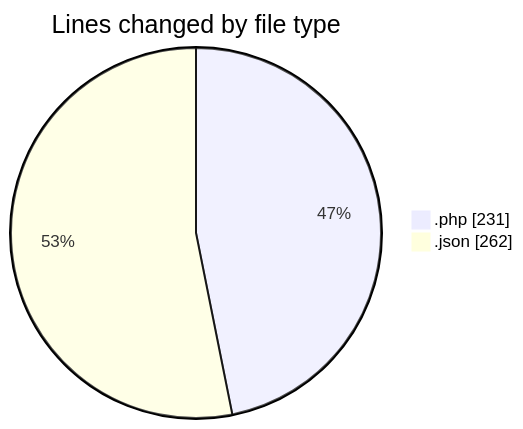
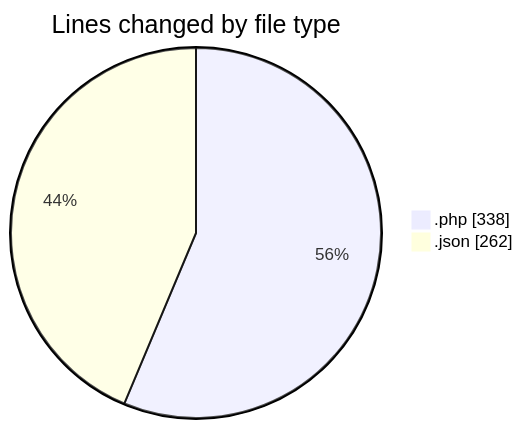
Before and after one commit to idhammustaqopulfikri/code-tracking: the first of 2 diagrams in 2025-11-01/futsal_rekomendasi/README.md, drawn with Mermaid. The commit also changed other lines of this file and 1 other file, not shown here.

````diff
--- a/2025-11-01/futsal_rekomendasi/README.md
+++ b/2025-11-01/futsal_rekomendasi/README.md
@@ -28,6 +29,6 @@
 ```mermaid
 pie showData
 title Lines changed by file type
-".php" : 231
+".php" : 338
 ".json" : 262
 ```
````
